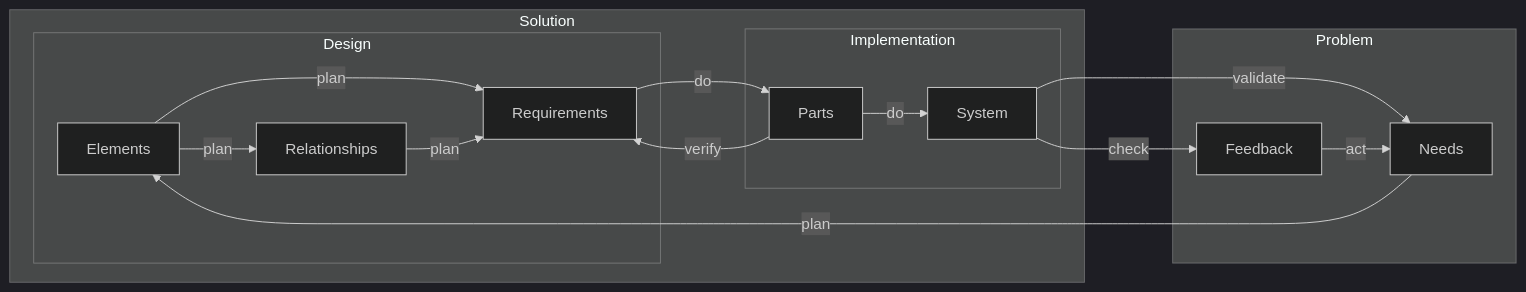
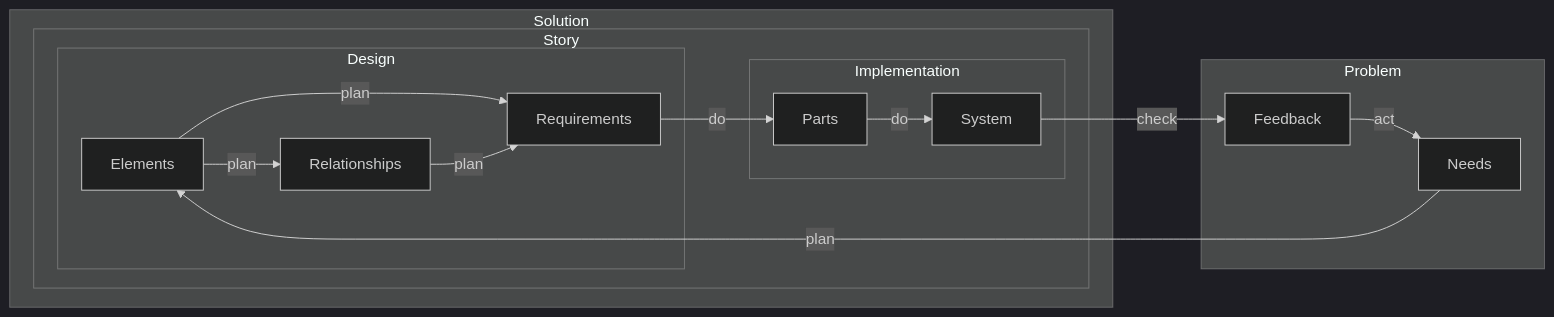
Before and after one commit to firstprinciplesthinking/paper_development_lifecycle: the tenth of 10 diagrams in README.md, drawn with Mermaid (dark theme). The commit also changed other lines of this file, not shown here.

````diff
--- a/README.md
+++ b/README.md
@@ -197,30 +237,30 @@
 ```mermaid
    flowchart LR
       subgraph Solution
-        subgraph Design
-            Elements
-            Relationships
-            Requirements
-         end
-         subgraph Implementation
-            Parts
-            System
+         subgraph Story
+            subgraph Design
+               Elements
+               Relationships
+               Requirements
+            end
+            subgraph Implementation
+               Parts
+               System
+            end
          end
       end
       
       subgraph Problem
          Needs
          Feedback
       end
 
       Needs--"plan"-->Elements
       Elements--"plan"-->Requirements
       Elements--"plan"-->Relationships
       Relationships--"plan"-->Requirements
       Requirements--"do"-->Parts
       Parts--"do"-->System
-      Parts--"verify"-->Requirements
       System--"check"-->Feedback
-      System--"validate"-->Needs
       Feedback--"act"-->Needs
 ```
````
